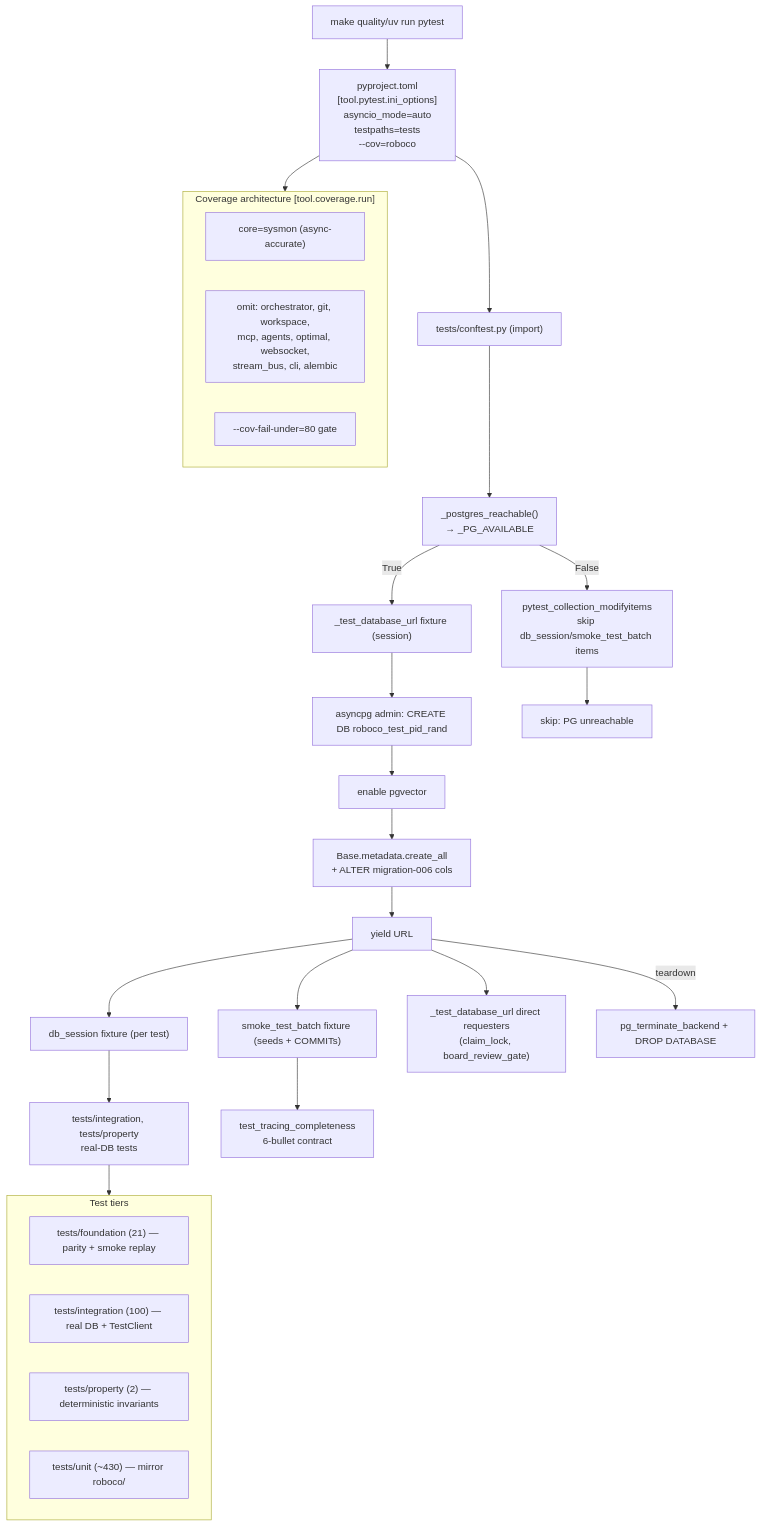
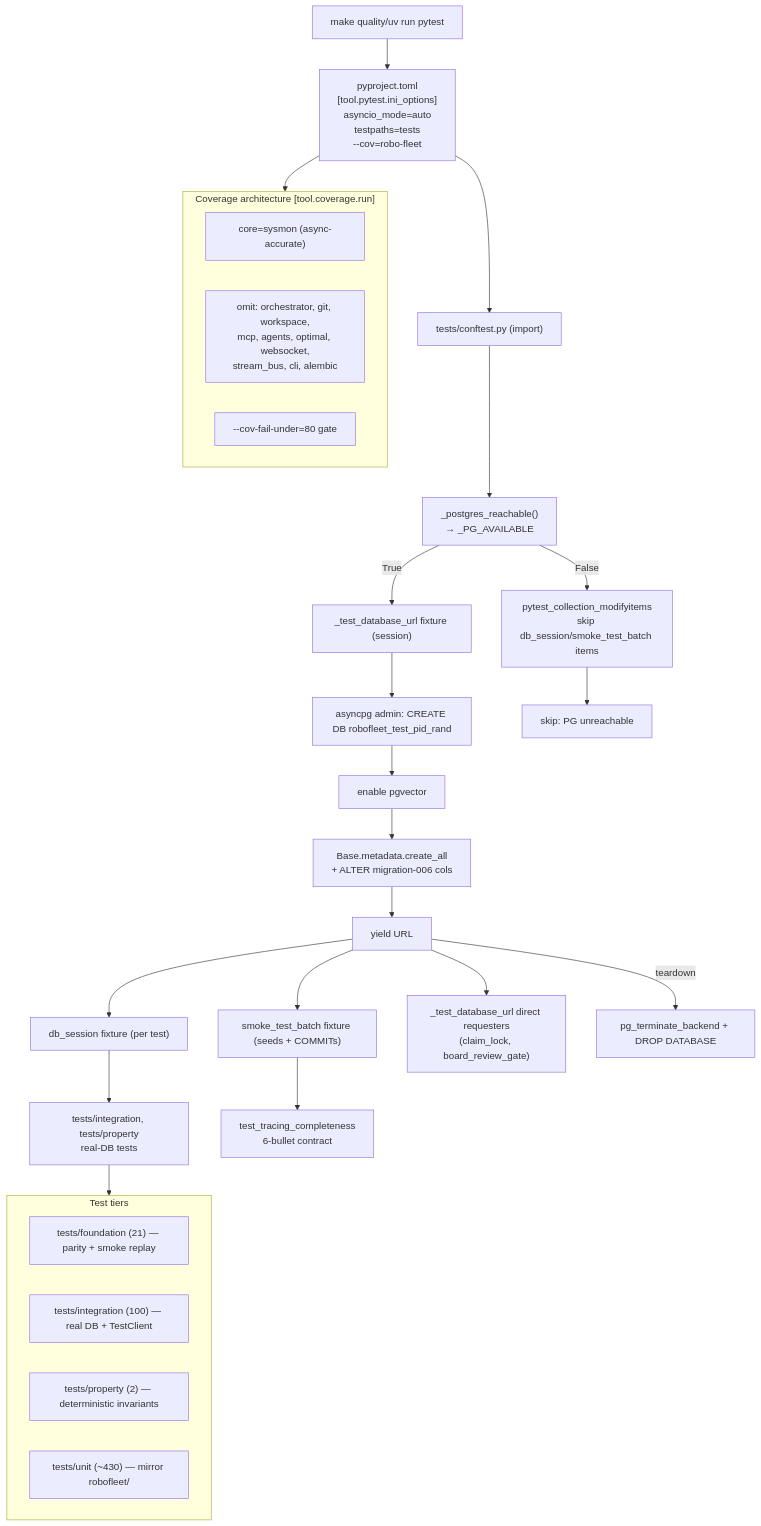
The diagram in docs/map/tests.md (rennf93/robo-fleet), drawn with Mermaid before and after one commit. The commit also changed other lines of this file and 169 other files, not shown here.

Commit message:
refactor: rename roboco product-identity to robo-fleet in docs prose + pyproject urls

````diff
--- a/docs/map/tests.md
+++ b/docs/map/tests.md
@@ -63,34 +63,34 @@
 ```mermaid
 flowchart TD
-    A["make quality/uv run pytest"] --> P["pyproject.toml<br/>[tool.pytest.ini_options]<br/>asyncio_mode=auto<br/>testpaths=tests<br/>--cov=roboco"]
+    A["make quality/uv run pytest"] --> P["pyproject.toml<br/>[tool.pytest.ini_options]<br/>asyncio_mode=auto<br/>testpaths=tests<br/>--cov=robo-fleet"]
     P --> C["tests/conftest.py (import)"]
     C --> R["_postgres_reachable()<br/>→ _PG_AVAILABLE"]
     R -- "False" --> S["pytest_collection_modifyitems<br/>skip db_session/smoke_test_batch items"]
     R -- "True" --> F["_test_database_url fixture (session)"]
-    F --> F1["asyncpg admin: CREATE DB roboco_test_pid_rand"]
+    F --> F1["asyncpg admin: CREATE DB robofleet_test_pid_rand"]
     F1 --> F2["enable pgvector"]
     F2 --> F3["Base.metadata.create_all<br/>+ ALTER migration-006 cols"]
     F3 --> F4["yield URL"]
     F4 --> D["db_session fixture (per test)"]
     F4 --> SB["smoke_test_batch fixture (seeds + COMMITs)"]
     F4 --> U["_test_database_url direct requesters<br/>(claim_lock, board_review_gate)"]
     D --> T["tests/integration, tests/property<br/>real-DB tests"]
     SB --> PT["test_tracing_completeness<br/>6-bullet contract"]
     F4 -- teardown --> X["pg_terminate_backend + DROP DATABASE"]
 
     subgraph cov["Coverage architecture [tool.coverage.run]"]
       CO["core=sysmon (async-accurate)"]
       OM["omit: orchestrator, git, workspace,<br/>mcp, agents, optimal, websocket,<br/>stream_bus, cli, alembic"]
       G["--cov-fail-under=80 gate"]
     end
     P --> cov
 
     subgraph tiers["Test tiers"]
       TF["tests/foundation (21) — parity + smoke replay"]
       TI["tests/integration (100) — real DB + TestClient"]
       TP["tests/property (2) — deterministic invariants"]
-      TU["tests/unit (~430) — mirror roboco/"]
+      TU["tests/unit (~430) — mirror robofleet/"]
     end
     T --> tiers
     S --> SK["skip: PG unreachable"]
 ```
````
